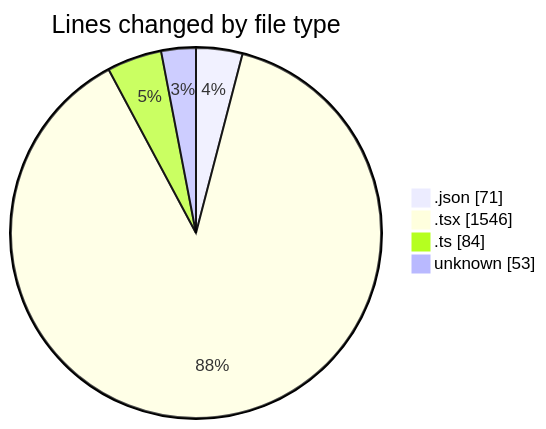
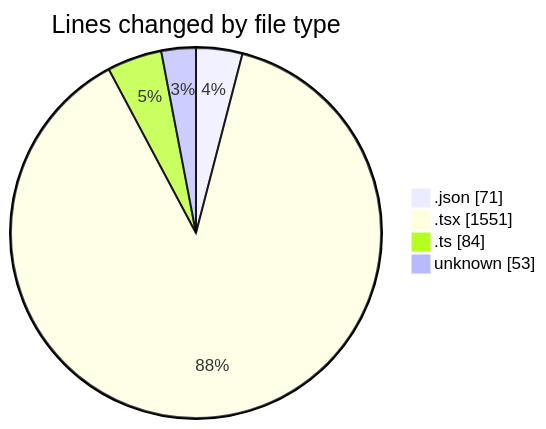
Before and after one commit to momahboobian/code-tracking: the first of 2 diagrams in 2026-01-29/cda/README.md, drawn with Mermaid. The commit also changed other lines of this file and 1 other file, not shown here.

````diff
--- a/2026-01-29/cda/README.md
+++ b/2026-01-29/cda/README.md
@@ -23,8 +23,8 @@
 ```mermaid
 pie showData
 title Lines changed by file type
 ".json" : 71
-".tsx" : 1546
+".tsx" : 1551
 ".ts" : 84
 "unknown" : 53
 ```
````
